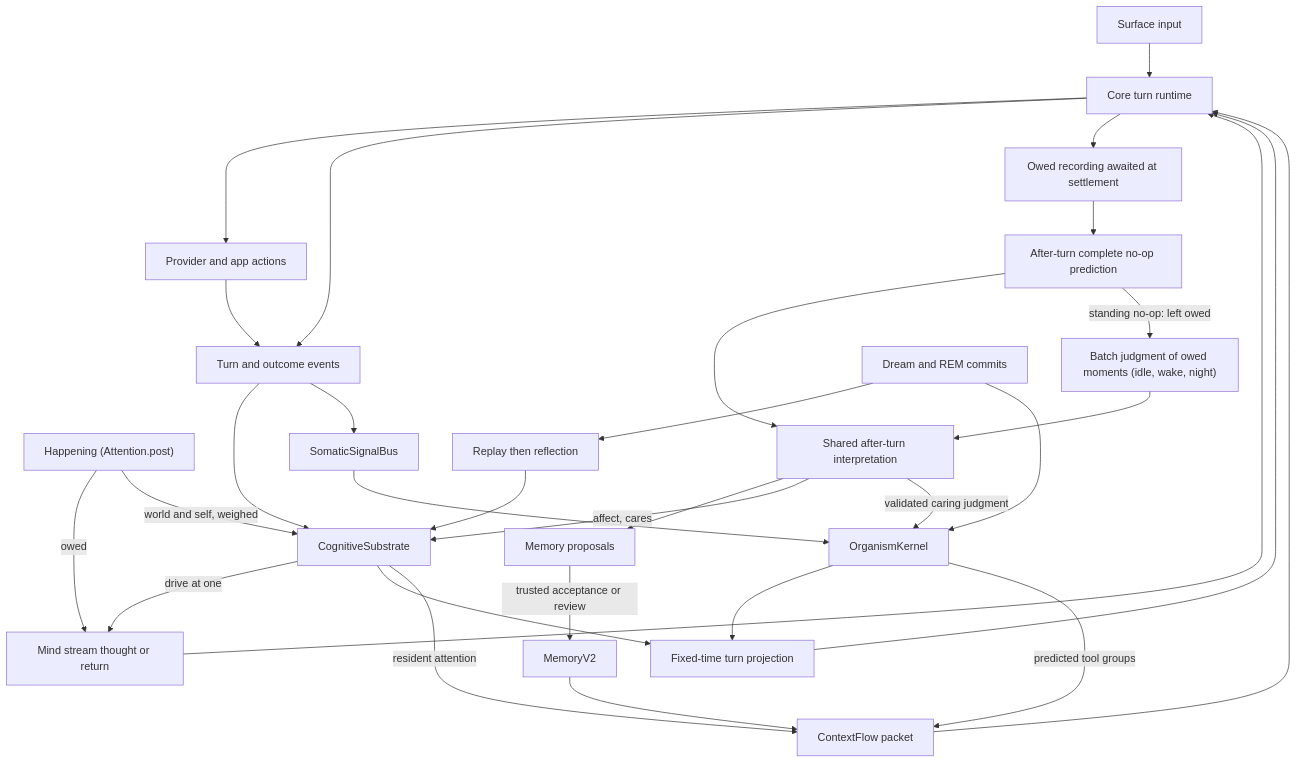
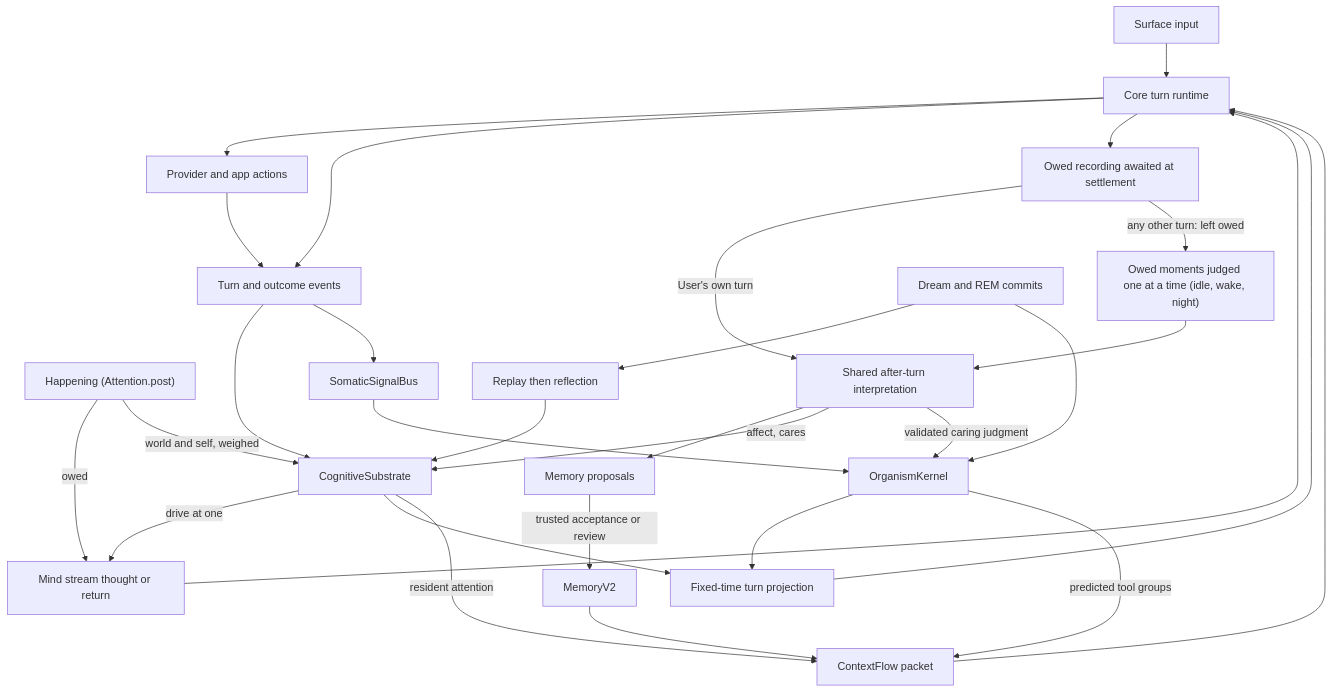
The diagram in docs/COGNITION_WIRING.md (embwl0x/native-agent), drawn with Mermaid before and after one commit. The commit also changed other lines of this file and 127 other files, not shown here.

````diff
--- a/docs/COGNITION_WIRING.md
+++ b/docs/COGNITION_WIRING.md
@@ -58,33 +58,32 @@
 ```mermaid
 flowchart TD
     S["Surface input"] --> T["Core turn runtime"]
     H["Happening (Attention.post)"] -->|owed| MS["Mind stream thought or return"]
     H -->|world and self, weighed| SUB
     SUB -->|drive at one| MS
     MS --> T
     M["MemoryV2"] --> C["ContextFlow packet"]
     C --> T
     T --> P["Provider and app actions"]
     T --> E["Turn and outcome events"]
     P --> E
     E --> SUB["CognitiveSubstrate"]
     E --> BUS["SomaticSignalBus"]
     BUS --> O["OrganismKernel"]
     T --> J["Owed recording awaited at settlement"]
-    J --> N["After-turn complete no-op prediction"]
-    N --> A["Shared after-turn interpretation"]
-    N -->|standing no-op: left owed| B["Batch judgment of owed moments (idle, wake, night)"]
+    J -->|User's own turn| A["Shared after-turn interpretation"]
+    J -->|any other turn: left owed| B["Owed moments judged one at a time (idle, wake, night)"]
     B --> A
     A --> Q["Memory proposals"]
     Q -->|trusted acceptance or review| M
     A -->|affect, cares| SUB
     A -->|validated caring judgment| O
     SUB --> F["Fixed-time turn projection"]
     O --> F
     F --> T
     SUB -->|resident attention| C
     O -->|predicted tool groups| C
     D["Dream and REM commits"] --> R["Replay then reflection"]
     R --> SUB
     D --> O
 ```
````
